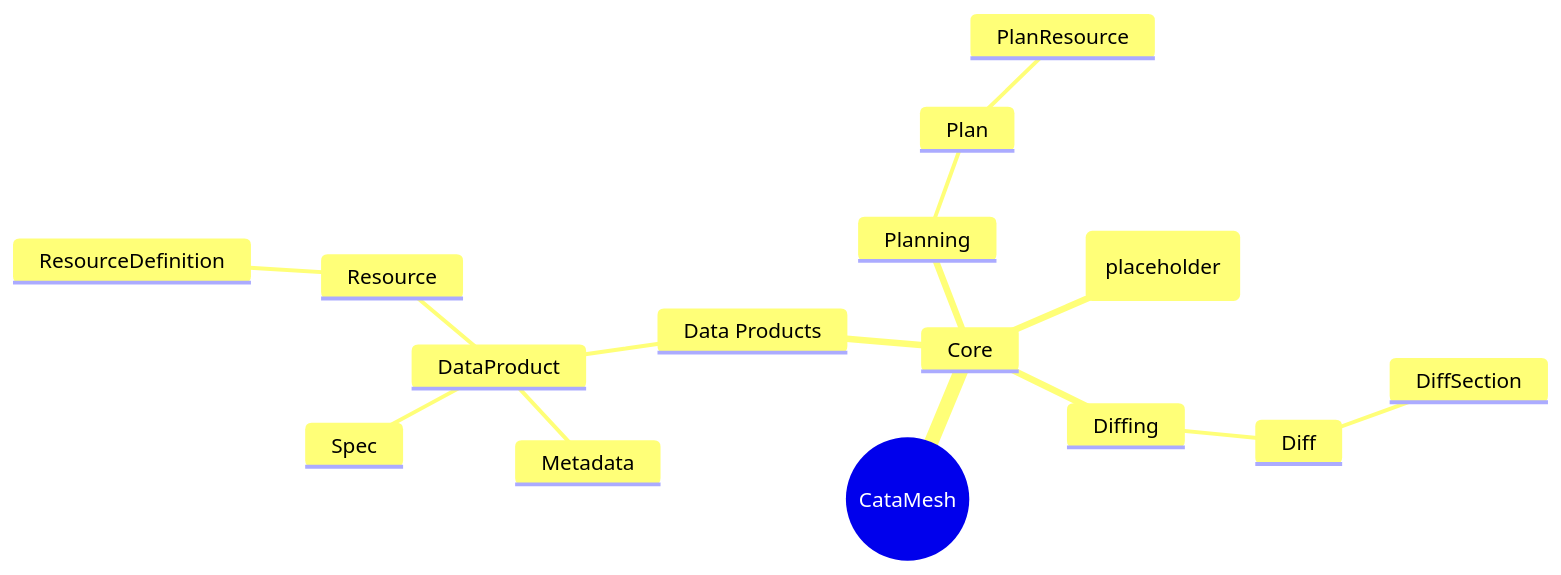
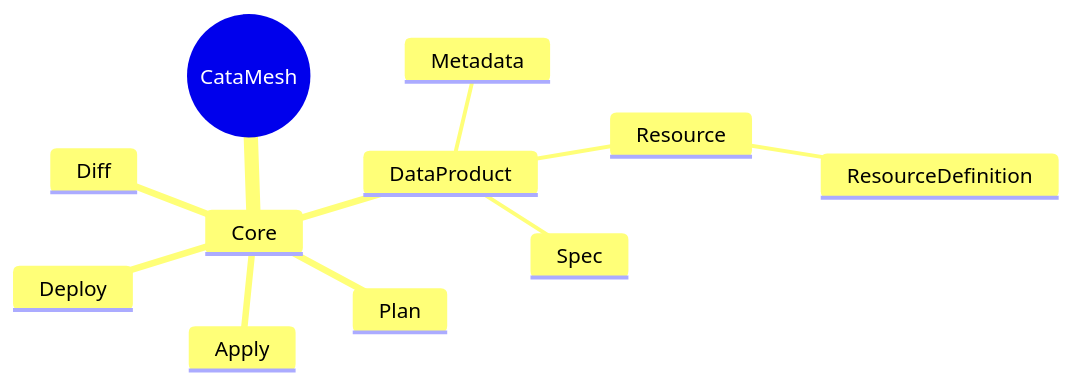
Before and after one commit to fabiangftech/catamesh: the diagram in docs/en/architecture/diagrams/catamesh.mindmap.mmd, drawn with Mermaid. The commit also changed 2 other files, not shown here.

Commit message:
doc: correction's in diagrams

```diff
--- a/docs/en/architecture/diagrams/catamesh.mindmap.mmd
+++ b/docs/en/architecture/diagrams/catamesh.mindmap.mmd
@@ -1,16 +1,12 @@
 mindmap
   root((CataMesh))
     Core
-      Data Products
         DataProduct
           Metadata
           Spec
           Resource
             ResourceDefinition
-      Planning
         Plan
-          PlanResource
-      Diffing
         Diff
-          DiffSection
-      Deploy (placeholder)
+        Apply
+        Deploy
```
